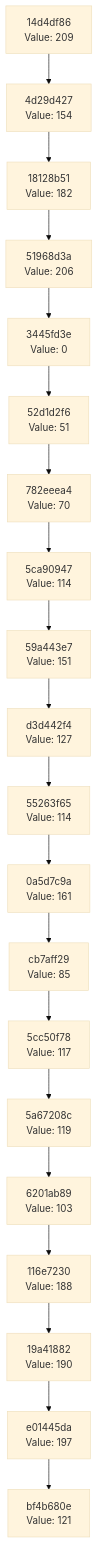
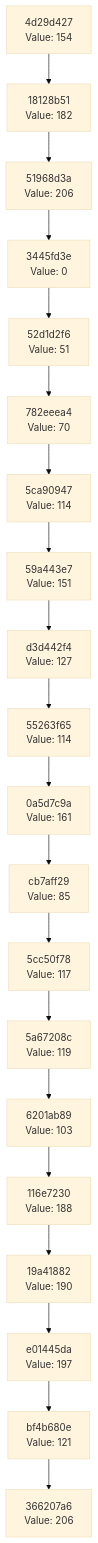
The diagram in docs/CHAIN_VISUALIZATION.md (Abhisheksinha1506/hash-chain-evolver), drawn with Mermaid (base theme) before and after one commit. The commit also changed 3 other files, not shown here.

````diff
--- a/docs/CHAIN_VISUALIZATION.md
+++ b/docs/CHAIN_VISUALIZATION.md
@@ -3,42 +3,42 @@
 ```mermaid
 graph TD
-    C0["bf4b680e<br/>Value: 121"]
-    C1["e01445da<br/>Value: 197"]
+    C0["366207a6<br/>Value: 206"]
+    C1["bf4b680e<br/>Value: 121"]
     C1 --> C0
-    C2["19a41882<br/>Value: 190"]
+    C2["e01445da<br/>Value: 197"]
     C2 --> C1
-    C3["116e7230<br/>Value: 188"]
+    C3["19a41882<br/>Value: 190"]
     C3 --> C2
-    C4["6201ab89<br/>Value: 103"]
+    C4["116e7230<br/>Value: 188"]
     C4 --> C3
-    C5["5a67208c<br/>Value: 119"]
+    C5["6201ab89<br/>Value: 103"]
     C5 --> C4
-    C6["5cc50f78<br/>Value: 117"]
+    C6["5a67208c<br/>Value: 119"]
     C6 --> C5
-    C7["cb7aff29<br/>Value: 85"]
+    C7["5cc50f78<br/>Value: 117"]
     C7 --> C6
-    C8["0a5d7c9a<br/>Value: 161"]
+    C8["cb7aff29<br/>Value: 85"]
     C8 --> C7
-    C9["55263f65<br/>Value: 114"]
+    C9["0a5d7c9a<br/>Value: 161"]
     C9 --> C8
-    C10["d3d442f4<br/>Value: 127"]
+    C10["55263f65<br/>Value: 114"]
     C10 --> C9
-    C11["59a443e7<br/>Value: 151"]
+    C11["d3d442f4<br/>Value: 127"]
     C11 --> C10
-    C12["5ca90947<br/>Value: 114"]
+    C12["59a443e7<br/>Value: 151"]
     C12 --> C11
-    C13["782eeea4<br/>Value: 70"]
+    C13["5ca90947<br/>Value: 114"]
     C13 --> C12
-    C14["52d1d2f6<br/>Value: 51"]
+    C14["782eeea4<br/>Value: 70"]
     C14 --> C13
-    C15["3445fd3e<br/>Value: 0"]
+    C15["52d1d2f6<br/>Value: 51"]
     C15 --> C14
-    C16["51968d3a<br/>Value: 206"]
+    C16["3445fd3e<br/>Value: 0"]
     C16 --> C15
-    C17["18128b51<br/>Value: 182"]
+    C17["51968d3a<br/>Value: 206"]
     C17 --> C16
-    C18["4d29d427<br/>Value: 154"]
+    C18["18128b51<br/>Value: 182"]
     C18 --> C17
-    C19["14d4df86<br/>Value: 209"]
+    C19["4d29d427<br/>Value: 154"]
     C19 --> C18
 ```
````
